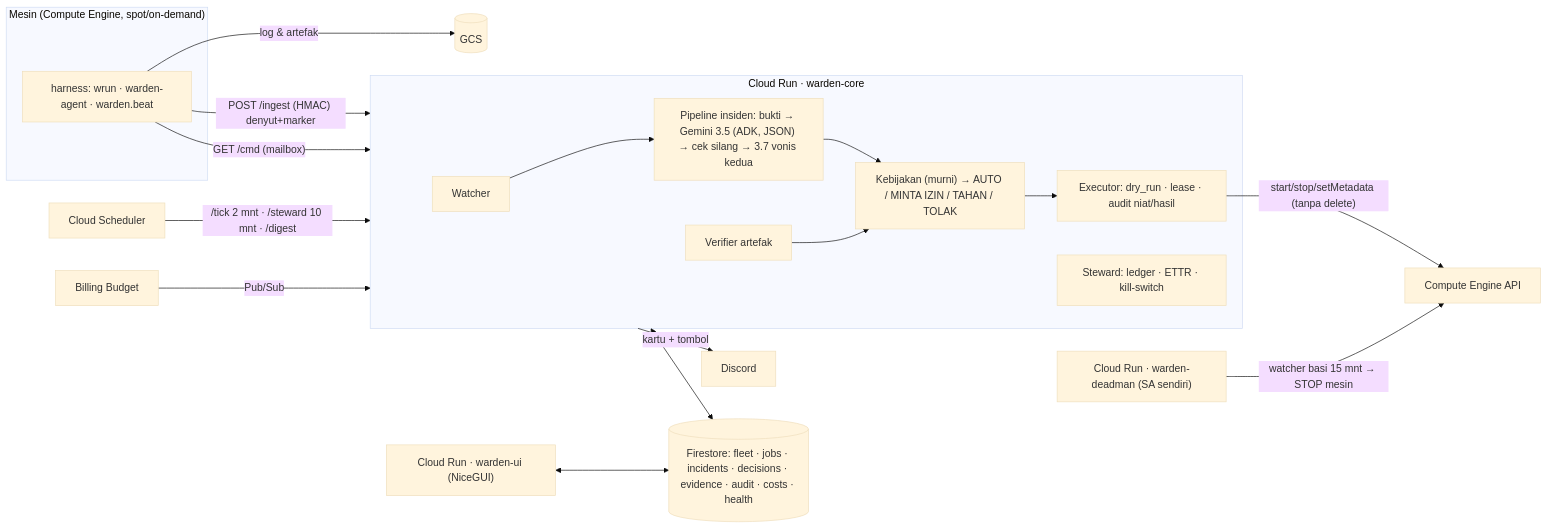
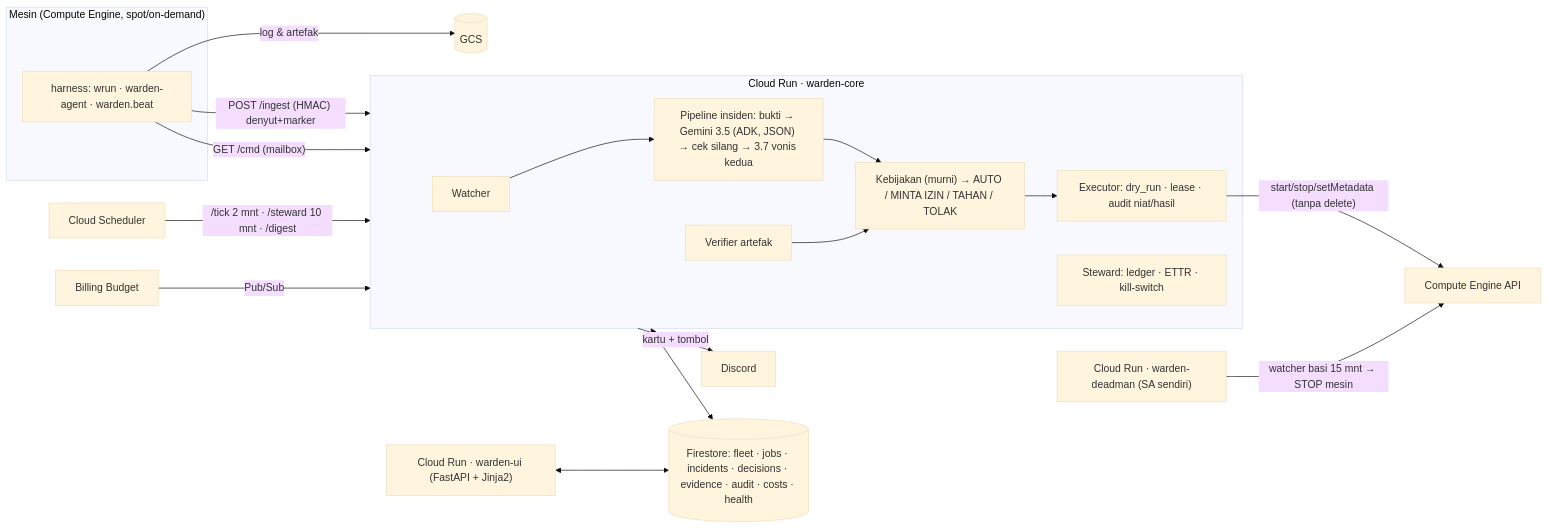
The diagram in README.md (khafidinprjct/warden), drawn with Mermaid (base theme) before and after one commit. The commit also changed other lines of this file and 2 other files, not shown here.

Commit message:
README + Devpost: dashboard v2 (FastAPI+Jinja2, sistem desain, paritas piksel); Slack dihapus; diagram diperbarui

````diff
--- a/README.md
+++ b/README.md
@@ -28,23 +28,23 @@
 ```mermaid
 flowchart LR
   subgraph VM["Mesin (Compute Engine, spot/on-demand)"]
     H[harness: wrun · warden-agent · warden.beat]
   end
   H -- "POST /ingest (HMAC) denyut+marker" --> C
   H -- "GET /cmd (mailbox)" --> C
   H -- "log & artefak" --> G[(GCS)]
   S[Cloud Scheduler] -- "/tick 2 mnt · /steward 10 mnt · /digest" --> C
   subgraph C["Cloud Run · warden-core"]
     W[Watcher] --> P["Pipeline insiden: bukti → Gemini 3.5 (ADK, JSON) → cek silang → 3.7 vonis kedua"]
     P --> K["Kebijakan (murni) → AUTO / MINTA IZIN / TAHAN / TOLAK"]
     K --> X[Executor: dry_run · lease · audit niat/hasil]
     V[Verifier artefak] --> K
     T[Steward: ledger · ETTR · kill-switch]
   end
   X -- "start/stop/setMetadata (tanpa delete)" --> GCE[Compute Engine API]
   C <--> F[(Firestore: fleet · jobs · incidents · decisions · evidence · audit · costs · health)]
   C -- "kartu + tombol" --> D[Discord]
-  U["Cloud Run · warden-ui (NiceGUI)"] <--> F
+  U["Cloud Run · warden-ui (FastAPI + Jinja2)"] <--> F
   DM["Cloud Run · warden-deadman (SA sendiri)"] -- "watcher basi 15 mnt → STOP mesin" --> GCE
   B[Billing Budget] -- Pub/Sub --> C
 ```
````
